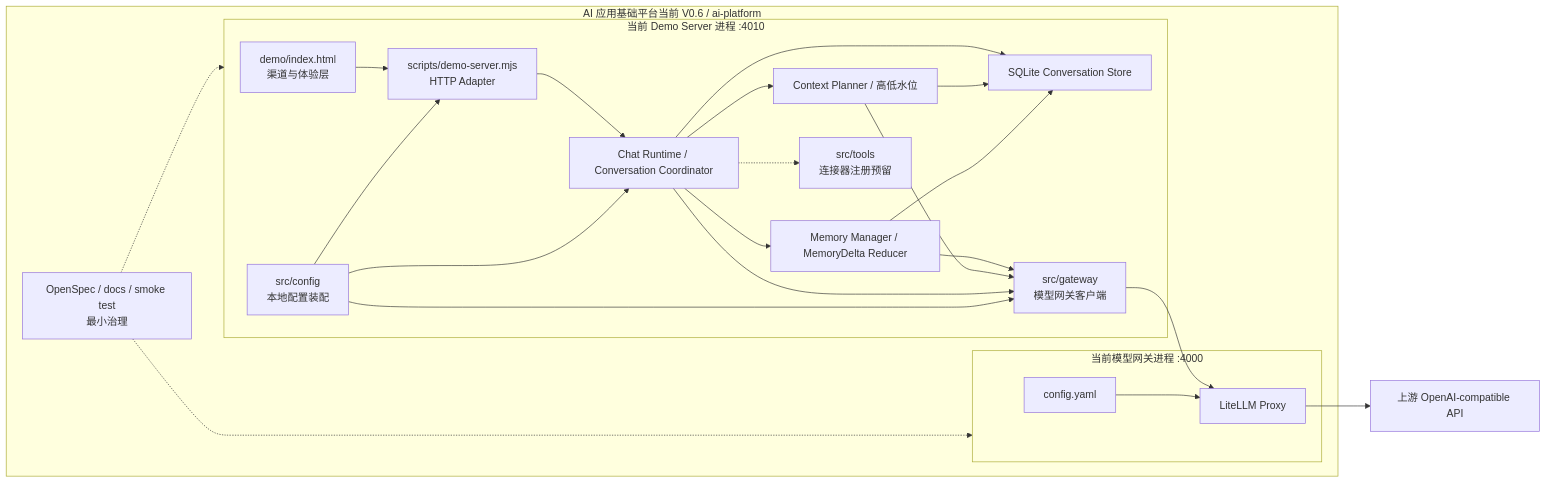
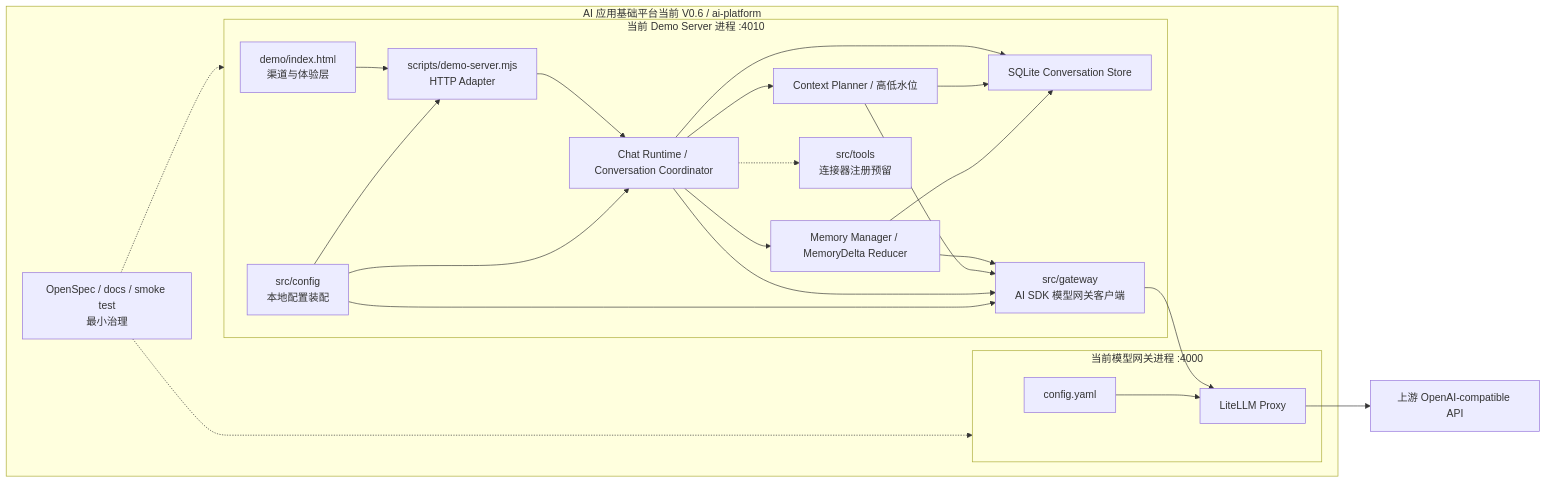
Before and after one commit to leidaibo-lab/ai-platform: the second of 2 diagrams in docs/ai-structure.md, drawn with Mermaid. The commit also changed other lines of this file and 16 other files, not shown here.

````diff
--- a/docs/ai-structure.md
+++ b/docs/ai-structure.md
@@ -245,45 +249,45 @@
 ```mermaid
 flowchart LR
   subgraph CurrentPlatform["AI 应用基础平台当前 V0.6 / ai-platform"]
     subgraph CurrentProcess["当前 Demo Server 进程 :4010"]
       DemoUi["demo/index.html<br/>渠道与体验层"]
       HttpAdapter["scripts/demo-server.mjs<br/>HTTP Adapter"]
       RuntimeCode["Chat Runtime / Conversation Coordinator"]
       ContextPlanner["Context Planner / 高低水位"]
       MemoryManager["Memory Manager / MemoryDelta Reducer"]
       ConversationStore["SQLite Conversation Store"]
       ToolRegistry["src/tools<br/>连接器注册预留"]
-      GatewayClient["src/gateway<br/>模型网关客户端"]
+      GatewayClient["src/gateway<br/>AI SDK 模型网关客户端"]
       ConfigLoader["src/config<br/>本地配置装配"]
     end
 
     subgraph GatewayProcess["当前模型网关进程 :4000"]
       LiteLLM["LiteLLM Proxy"]
       GatewayConfig["config.yaml"]
     end
 
     Contract["OpenSpec / docs / smoke test<br/>最小治理"]
   end
 
   Upstream["上游 OpenAI-compatible API"]
 
   DemoUi --> HttpAdapter
   HttpAdapter --> RuntimeCode
   RuntimeCode --> ContextPlanner
   RuntimeCode --> MemoryManager
   RuntimeCode --> ConversationStore
   ContextPlanner --> ConversationStore
   MemoryManager --> ConversationStore
   MemoryManager --> GatewayClient
   ContextPlanner --> GatewayClient
   RuntimeCode -.-> ToolRegistry
   RuntimeCode --> GatewayClient
   GatewayClient --> LiteLLM
   GatewayConfig --> LiteLLM
   LiteLLM --> Upstream
   ConfigLoader --> HttpAdapter
   ConfigLoader --> RuntimeCode
   ConfigLoader --> GatewayClient
   Contract -.-> CurrentProcess
   Contract -.-> GatewayProcess
 ```
````
